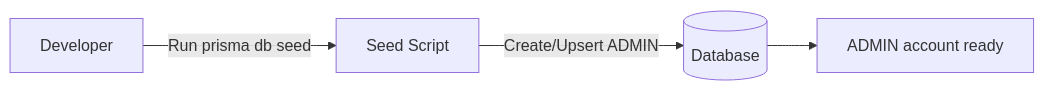
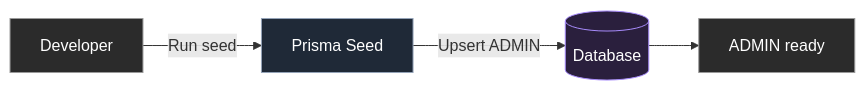
One commit to ichsanx/dms-fullstack-cybermax-v6 changed the first of 5 diagrams in README.md. Above: the diagram before and after it, drawn with Mermaid. The commit also changed other lines of this file, not shown here.

````diff
--- a/README.md
+++ b/README.md
@@ -259,6 +259,12 @@
 ```mermaid
 flowchart LR
-  Dev[Developer] -->|Run prisma db seed| Seed[Seed Script]
-  Seed -->|Create/Upsert ADMIN| DB[(Database)]
-  DB --> Admin[ADMIN account ready]
+  %% Styles
+  classDef actor fill:#2b2b2b,stroke:#999,color:#fff;
+  classDef process fill:#1f2937,stroke:#94a3b8,color:#fff;
+  classDef api fill:#0b3a53,stroke:#38bdf8,color:#fff;
+  classDef db fill:#2a1f3d,stroke:#a78bfa,color:#fff;
+
+  Dev[Developer]:::actor -->|Run seed| Seed[Prisma Seed]:::process
+  Seed -->|Upsert ADMIN| DB[(Database)]:::db
+  DB --> Admin[ADMIN ready]:::actor
 ```
````
